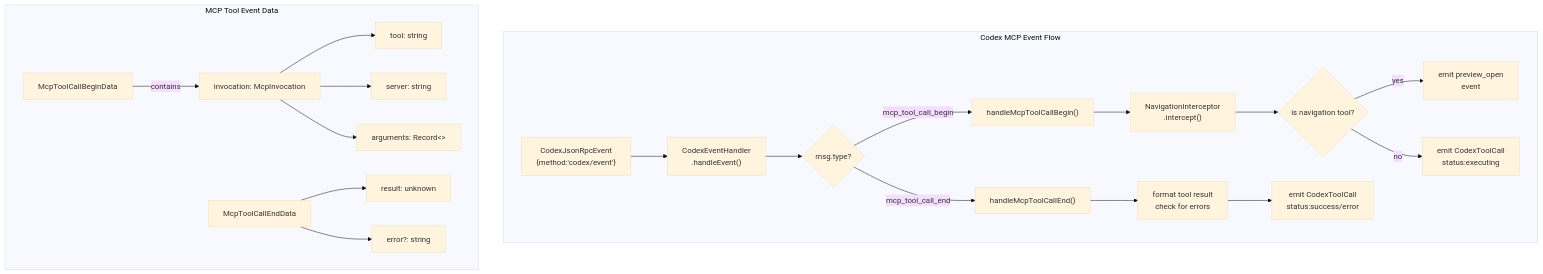
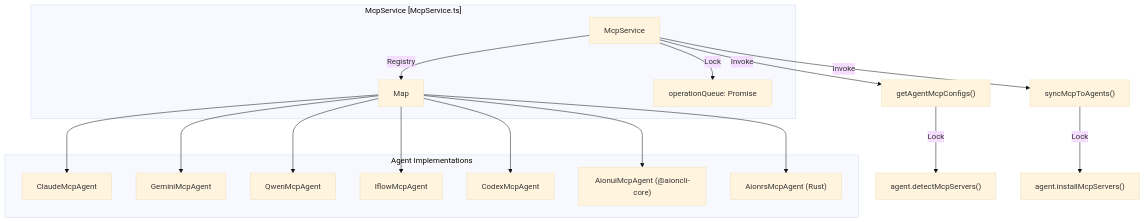
The third of 5 diagrams in docs/iOfficeAI_AionUi/ai-agent-systems/mcp-integration.md (blackcater/zentree), drawn with Mermaid (base theme) before and after one commit. The commit also changed other lines of this file and 232 other files, not shown here.

````diff
--- a/docs/iOfficeAI_AionUi/ai-agent-systems/mcp-integration.md
+++ b/docs/iOfficeAI_AionUi/ai-agent-systems/mcp-integration.md
@@ -324,31 +151,24 @@
 ```mermaid
 graph TB
-    subgraph "Codex MCP Event Flow"
-        EVENT["CodexJsonRpcEvent<br/>{method:'codex/event'}"]
-        EVENT --> HANDLER["CodexEventHandler<br/>.handleEvent()"]
-        HANDLER --> CHECK_TYPE{"msg.type?"}
-
-        CHECK_TYPE -->|mcp_tool_call_begin| BEGIN["handleMcpToolCallBegin()"]
-        CHECK_TYPE -->|mcp_tool_call_end| END["handleMcpToolCallEnd()"]
-
-        BEGIN --> INTERCEPT["NavigationInterceptor<br/>.intercept()"]
-        INTERCEPT --> NAV_CHECK{"is navigation tool?"}
-        NAV_CHECK -->|yes| PREVIEW["emit preview_open<br/>event"]
-        NAV_CHECK -->|no| EMIT_BEGIN["emit CodexToolCall<br/>status:executing"]
-
-        END --> FORMAT_RESULT["format tool result<br/>check for errors"]
-        FORMAT_RESULT --> EMIT_END["emit CodexToolCall<br/>status:success/error"]
+    subgraph "McpService [McpService.ts]"
+        SERVICE["McpService"]
+        SERVICE -->|Registry| AGENTS["Map<McpSource, IMcpProtocol>"]
+        SERVICE -->|Lock| QUEUE["operationQueue: Promise"]
     end
-
-    subgraph "MCP Tool Event Data"
-        BEGIN_DATA["McpToolCallBeginData"]
-        BEGIN_DATA -->|contains| INVOCATION["invocation: McpInvocation"]
-        INVOCATION --> TOOL_NAME["tool: string"]
-        INVOCATION --> SERVER_NAME["server: string"]
-        INVOCATION --> ARGS["arguments: Record<>"]
-
-        END_DATA["McpToolCallEndData"]
-        END_DATA --> RESULT["result: unknown"]
-        END_DATA --> ERROR["error?: string"]
+    
+    subgraph "Agent Implementations"
+        AGENTS --> CLAUDE["ClaudeMcpAgent"]
+        AGENTS --> GEMINI["GeminiMcpAgent"]
+        AGENTS --> QWEN["QwenMcpAgent"]
+        AGENTS --> IFLOW["IflowMcpAgent"]
+        AGENTS --> CODEX["CodexMcpAgent"]
+        AGENTS --> AIONUI["AionuiMcpAgent (@aioncli-core)"]
+        AGENTS --> AIONRS["AionrsMcpAgent (Rust)"]
     end
+    
+    SERVICE -->|Invoke| DETECT["getAgentMcpConfigs()"]
+    DETECT -->|Lock| RUN_DETECT["agent.detectMcpServers()"]
+    
+    SERVICE -->|Invoke| SYNC["syncMcpToAgents()"]
+    SYNC -->|Lock| RUN_INSTALL["agent.installMcpServers()"]
 ```
````
